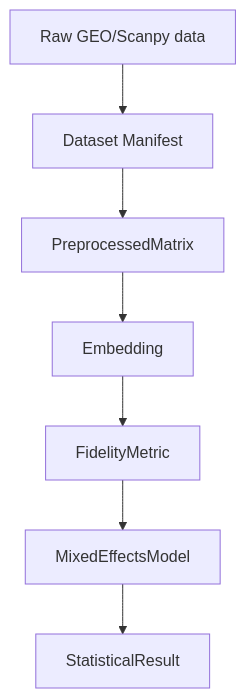
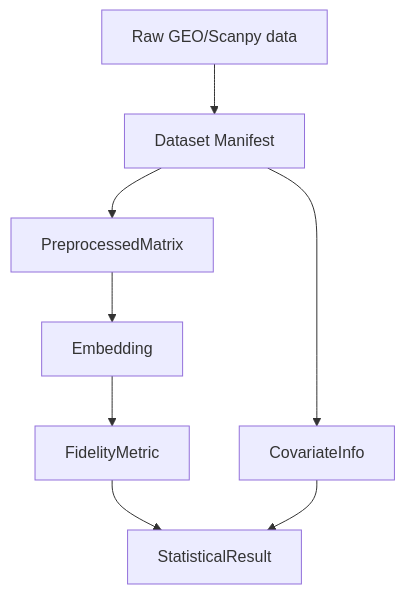
One commit to ContextLab/llmXive changed the diagram in projects/PROJ-168-statistical-evaluation-of-dimensionality/specs/001-statistical-evaluation-of-dimensionality/data-model.md. Above: the diagram before and after it, drawn with Mermaid. The commit also changed other lines of this file and 19 other files, not shown here.

````diff
--- a/projects/PROJ-168-statistical-evaluation-of-dimensionality/specs/001-statistical-evaluation-of-dimensionality/data-model.md
+++ b/projects/PROJ-168-statistical-evaluation-of-dimensionality/specs/001-statistical-evaluation-of-dimensionality/data-model.md
@@ -18,9 +19,10 @@
 ```mermaid
 graph TD
     A[Raw GEO/Scanpy data] --> B[Dataset Manifest]
     B --> C[PreprocessedMatrix]
     C --> D[Embedding]
     D --> E[FidelityMetric]
-    E --> F[MixedEffectsModel]
-    F --> G[StatisticalResult]
+    E --> F[StatisticalResult]
+    B --> G[CovariateInfo]
+    G --> F
 ```
````
